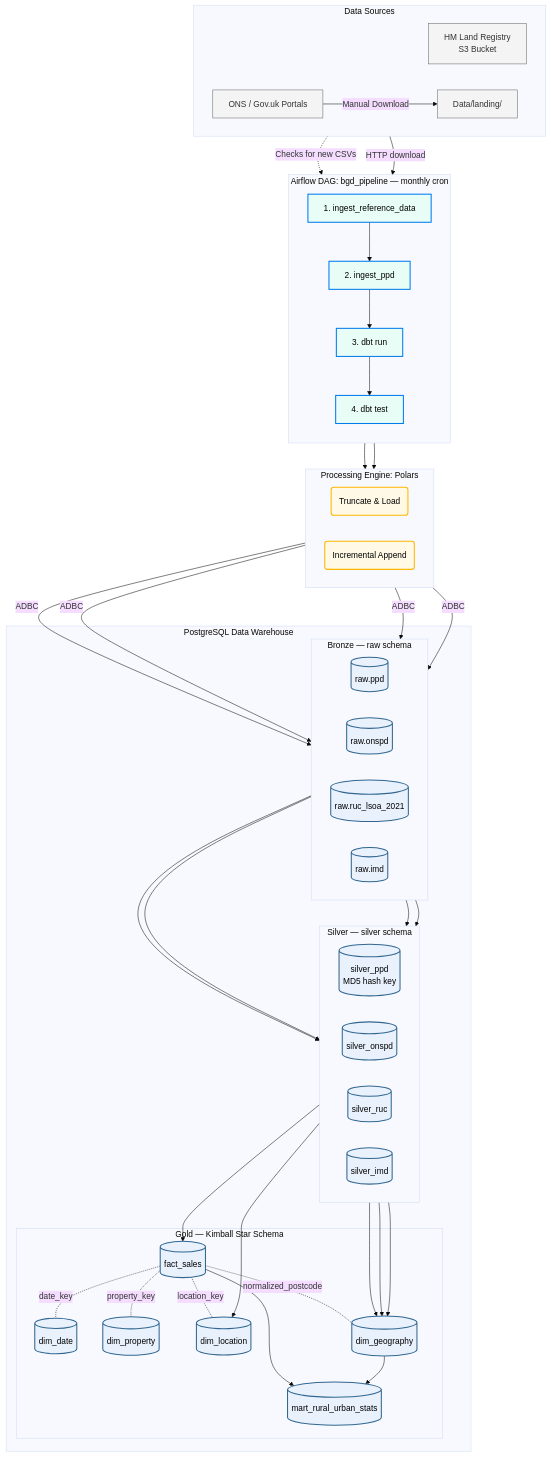
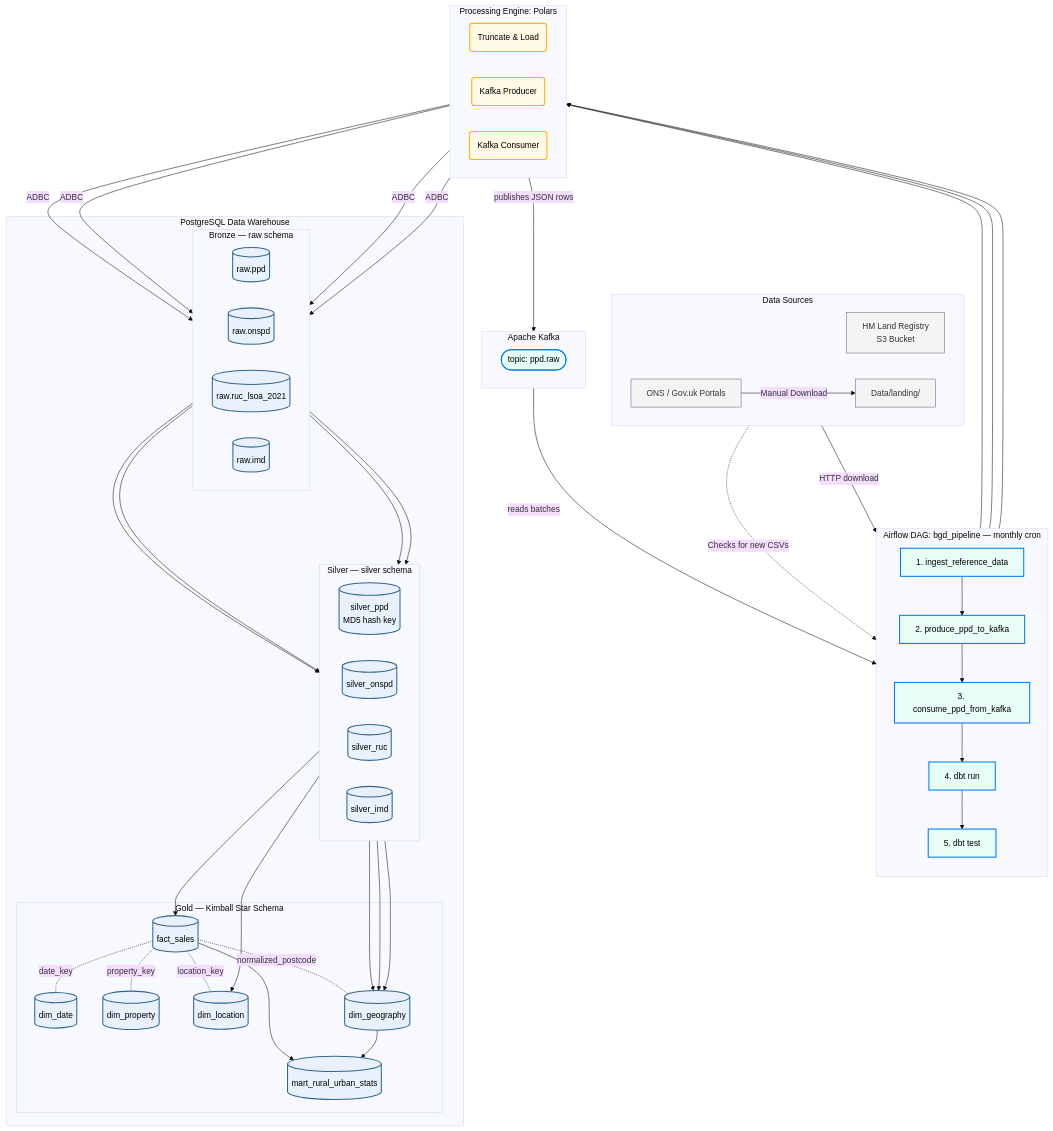
Before and after one commit to mjacobik/uk-property-data-warehouse: the diagram in README.md, drawn with Mermaid (base theme). The commit also changed other lines of this file and 6 other files, not shown here.

Commit message:
feat(kafka): add streaming queue for PPD Bronze layer ingestion

```diff
--- a/README.md
+++ b/README.md
@@ -55,23 +55,34 @@
     subgraph AF ["Airflow DAG: bgd_pipeline — monthly cron"]
         direction TB
         T1["1. ingest_reference_data"]:::airflow
-        T2["2. ingest_ppd"]:::airflow
-        T3["3. dbt run"]:::airflow
-        T4["4. dbt test"]:::airflow
-        T1 --> T2 --> T3 --> T4
+        T2["2. produce_ppd_to_kafka"]:::airflow
+        T3["3. consume_ppd_from_kafka"]:::airflow
+        T4["4. dbt run"]:::airflow
+        T5["5. dbt test"]:::airflow
+        T1 --> T2 --> T3 --> T4 --> T5
+    end
+
+    %% ── Kafka ────────────────────────────────────────────────────────
+    subgraph KF ["Apache Kafka"]
+        direction LR
+        KTopic(["topic: ppd.raw"]):::airflow
     end
 
     %% ── Polars ─────────────────────────────────────────────────────
     subgraph PL ["Processing Engine: Polars"]
         direction LR
         PRef("Truncate & Load"):::polars
-        PPPD("Incremental Append"):::polars
+        PPPD("Kafka Producer"):::polars
+        PCons("Kafka Consumer"):::polars
     end
 
     LAND -.->|Checks for new CSVs| T1
     T1 --> PRef
     GOV -->|HTTP download| T2
     T2 --> PPPD
+    PPPD -->|publishes JSON rows| KTopic
+    KTopic -->|reads batches| T3
+    T3 --> PCons
 
     %% ── PostgreSQL ─────────────────────────────────────────────────
     subgraph DB ["PostgreSQL Data Warehouse"]
@@ -107,7 +118,7 @@
     PRef -->|ADBC| B_onspd
     PRef -->|ADBC| B_ruc
     PRef -->|ADBC| B_imd
-    PPPD -->|ADBC| B_ppd
+    PCons -->|ADBC| B_ppd
 
     %% Bronze → Silver (all automated by dbt run)
     B_ppd --> S_ppd
```
